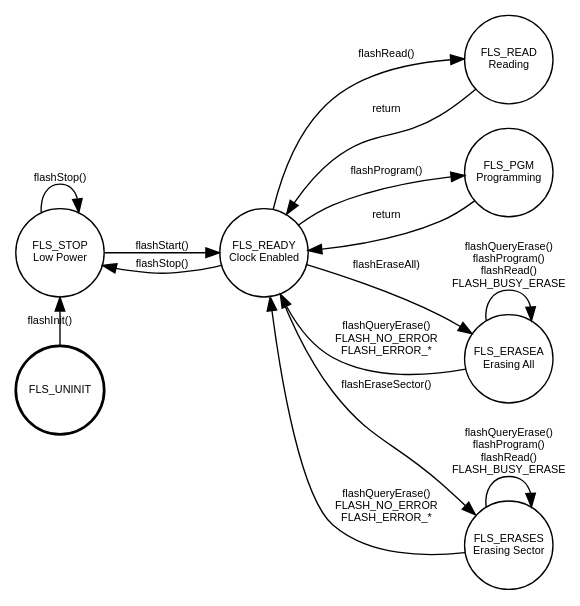
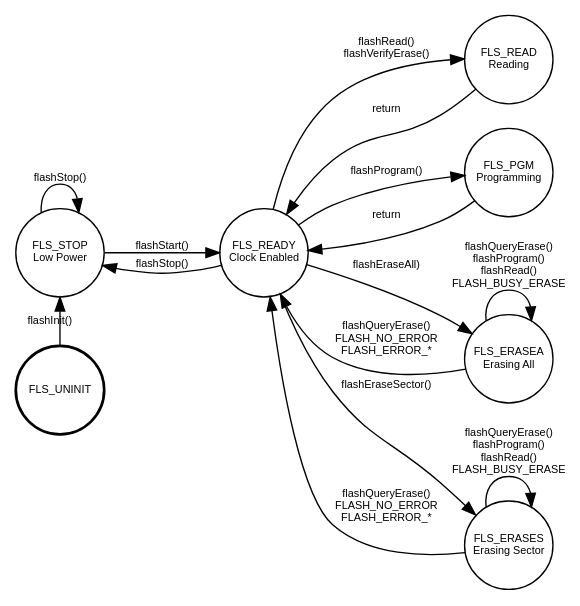
The diagram in hal/flash.dot (ArduPilot/ChibiOS.svn), drawn with Graphviz before and after one commit.

```diff
--- a/hal/flash.dot
+++ b/hal/flash.dot
@@ -1,26 +1,26 @@
   digraph example {
     rankdir="LR";
     node [shape=circle, fontname=Helvetica, fontsize=8, fixedsize="true", width="0.9", height="0.9"];
     edge [fontname=Helvetica, fontsize=8];
     stop  [label="FLS_STOP\nLow Power"];
     uninit [label="FLS_UNINIT", style="bold"];
     ready [label="FLS_READY\nClock Enabled"];
     read [label="FLS_READ\nReading"];
     program [label="FLS_PGM\nProgramming"];
     erasea [label="FLS_ERASEA\nErasing All"];
     erases [label="FLS_ERASES\nErasing Sector"];
     uninit -> stop [label=" flashInit()", constraint=false];
     stop -> stop [label=" flashStop()"];
     stop -> ready [label=" flashStart()"];
     ready -> stop [label=" flashStop()"];
-    ready -> read [label=" flashRead()"];
+    ready -> read [label=" flashRead()\nflashVerifyErase()"];
     read -> ready [label=" return"];
     ready -> program [label=" flashProgram()"];
     program -> ready [label=" return"];
     ready -> erasea [label=" flashEraseAll)"];
     erasea -> ready [label=" flashQueryErase()\nFLASH_NO_ERROR\nFLASH_ERROR_*"];
     erasea -> erasea [label=" flashQueryErase()\nflashProgram()\nflashRead()\nFLASH_BUSY_ERASE"];
     ready -> erases [label=" flashEraseSector()"];
     erases -> ready [label=" flashQueryErase()\nFLASH_NO_ERROR\nFLASH_ERROR_*"];
     erases -> erases [label=" flashQueryErase()\nflashProgram()\nflashRead()\nFLASH_BUSY_ERASE"];
   }
```
